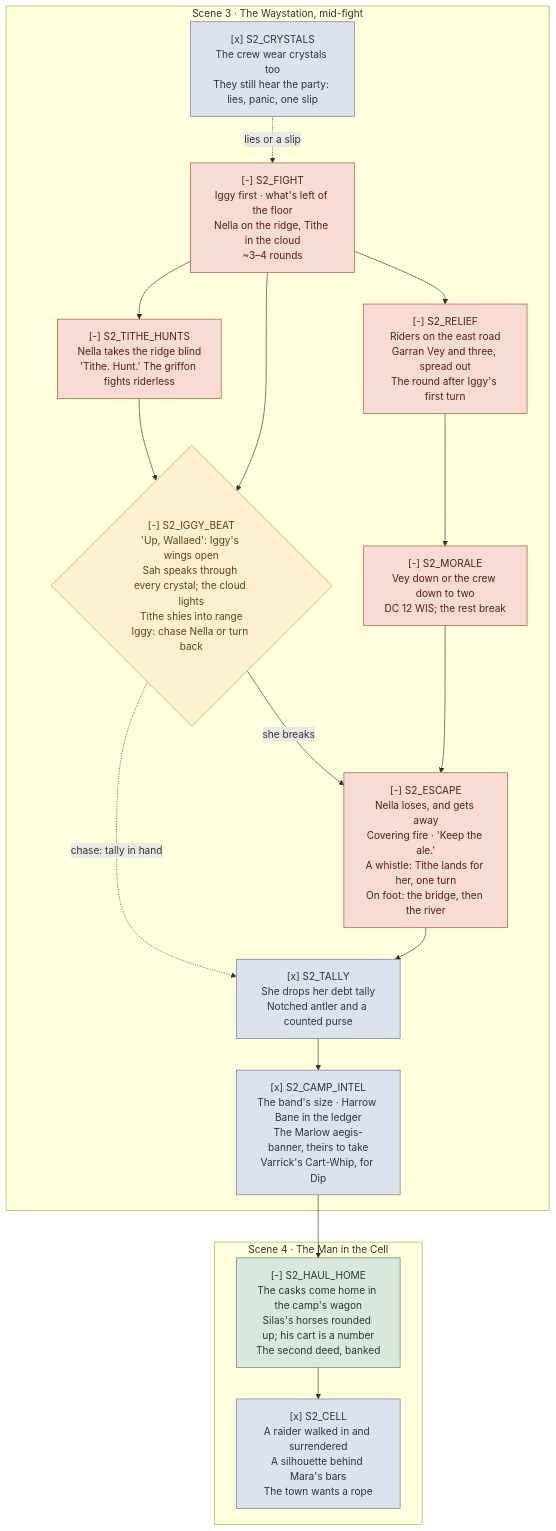
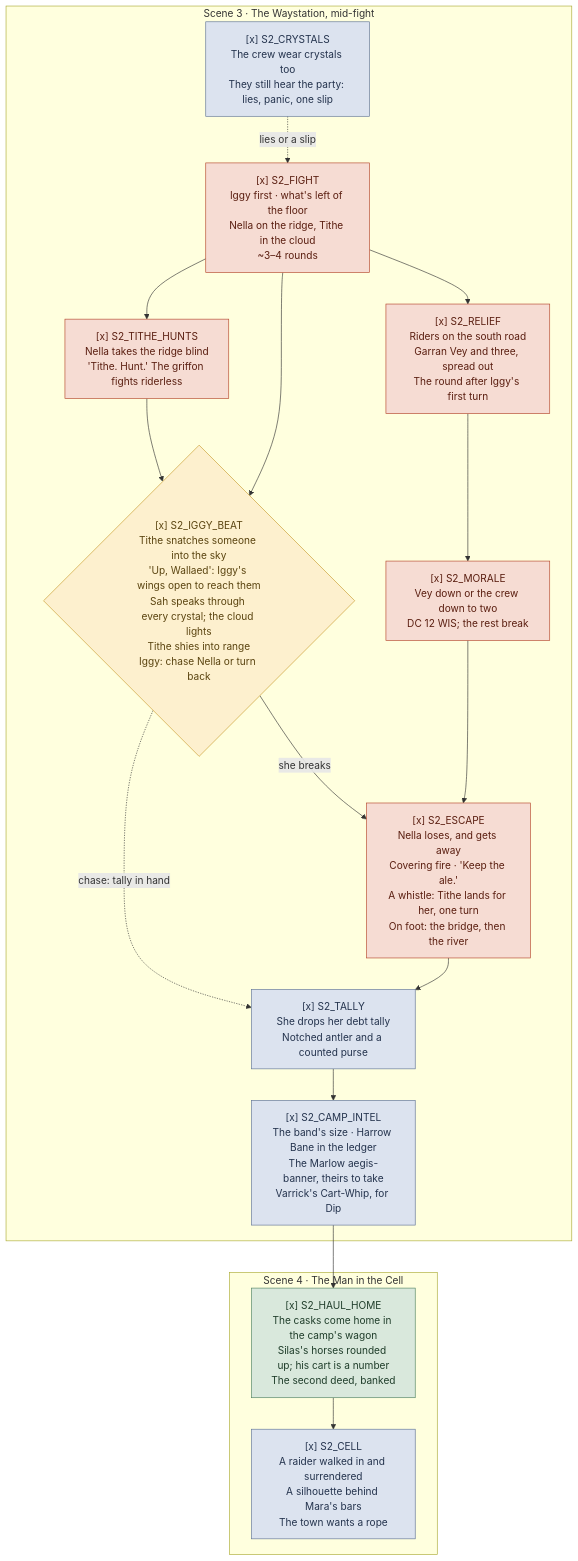
Before and after one commit to JGarnerDev/claude-dnd-engine: the diagram in scheduler/sessions/Session 34 The Red Trail/_flow.md, drawn with Mermaid. The commit also changed other lines of this file and 7 other files, not shown here.

````diff
--- a/scheduler/sessions/Session 34 The Red Trail/_flow.md
+++ b/scheduler/sessions/Session 34 The Red Trail/_flow.md
@@ -30,45 +29,45 @@
 ```mermaid
 flowchart TD
   subgraph SC3["Scene 3 · The Waystation, mid-fight"]
     S2_CRYSTALS["[x] S2_CRYSTALS<br/>The crew wear crystals too<br/>They still hear the party: lies, panic, one slip"]
-    S2_FIGHT["[-] S2_FIGHT<br/>Iggy first · what's left of the floor<br/>Nella on the ridge, Tithe in the cloud<br/>~3–4 rounds"]
-    S2_TITHE_HUNTS["[-] S2_TITHE_HUNTS<br/>Nella takes the ridge blind<br/>'Tithe. Hunt.' The griffon fights riderless"]
-    S2_RELIEF["[-] S2_RELIEF<br/>Riders on the east road<br/>Garran Vey and three, spread out<br/>The round after Iggy's first turn"]
-    S2_IGGY_BEAT{"[-] S2_IGGY_BEAT<br/>'Up, Wallaed': Iggy's wings open<br/>Sah speaks through every crystal; the cloud lights<br/>Tithe shies into range<br/>Iggy: chase Nella or turn back"}
-    S2_MORALE["[-] S2_MORALE<br/>Vey down or the crew down to two<br/>DC 12 WIS; the rest break"]
-    S2_ESCAPE["[-] S2_ESCAPE<br/>Nella loses, and gets away<br/>Covering fire · 'Keep the ale.'<br/>A whistle: Tithe lands for her, one turn<br/>On foot: the bridge, then the river"]
+    S2_FIGHT["[x] S2_FIGHT<br/>Iggy first · what's left of the floor<br/>Nella on the ridge, Tithe in the cloud<br/>~3–4 rounds"]
+    S2_TITHE_HUNTS["[x] S2_TITHE_HUNTS<br/>Nella takes the ridge blind<br/>'Tithe. Hunt.' The griffon fights riderless"]
+    S2_RELIEF["[x] S2_RELIEF<br/>Riders on the south road<br/>Garran Vey and three, spread out<br/>The round after Iggy's first turn"]
+    S2_IGGY_BEAT{"[x] S2_IGGY_BEAT<br/>Tithe snatches someone into the sky<br/>'Up, Wallaed': Iggy's wings open to reach them<br/>Sah speaks through every crystal; the cloud lights<br/>Tithe shies into range<br/>Iggy: chase Nella or turn back"}
+    S2_MORALE["[x] S2_MORALE<br/>Vey down or the crew down to two<br/>DC 12 WIS; the rest break"]
+    S2_ESCAPE["[x] S2_ESCAPE<br/>Nella loses, and gets away<br/>Covering fire · 'Keep the ale.'<br/>A whistle: Tithe lands for her, one turn<br/>On foot: the bridge, then the river"]
     S2_TALLY["[x] S2_TALLY<br/>She drops her debt tally<br/>Notched antler and a counted purse"]
     S2_CAMP_INTEL["[x] S2_CAMP_INTEL<br/>The band's size · Harrow Bane in the ledger<br/>The Marlow aegis-banner, theirs to take<br/>Varrick's Cart-Whip, for Dip"]
     S2_FIGHT --> S2_TITHE_HUNTS
     S2_FIGHT --> S2_RELIEF
     S2_CRYSTALS -.->|"lies or a slip"| S2_FIGHT
     S2_TITHE_HUNTS --> S2_IGGY_BEAT
     S2_RELIEF --> S2_MORALE
     S2_FIGHT --> S2_IGGY_BEAT
     S2_IGGY_BEAT -->|"she breaks"| S2_ESCAPE
     S2_IGGY_BEAT -.->|"chase: tally in hand"| S2_TALLY
     S2_MORALE --> S2_ESCAPE --> S2_TALLY
     S2_TALLY --> S2_CAMP_INTEL
   end
 
   subgraph SC4["Scene 4 · The Man in the Cell"]
-    S2_HAUL_HOME["[-] S2_HAUL_HOME<br/>The casks come home in the camp's wagon<br/>Silas's horses rounded up; his cart is a number<br/>The second deed, banked"]
+    S2_HAUL_HOME["[x] S2_HAUL_HOME<br/>The casks come home in the camp's wagon<br/>Silas's horses rounded up; his cart is a number<br/>The second deed, banked"]
     S2_CELL["[x] S2_CELL<br/>A raider walked in and surrendered<br/>A silhouette behind Mara's bars<br/>The town wants a rope"]
     S2_HAUL_HOME --> S2_CELL
   end
 
   S2_CAMP_INTEL --> S2_HAUL_HOME
 
   classDef combat fill:#F6DCD3,stroke:#B4452A,color:#5A1E10
   classDef social fill:#E6E3D5,stroke:#8C8463,color:#3D3A28
   classDef decision fill:#FDF0CE,stroke:#C79A2B,color:#5A4410
   classDef stake fill:#D9E8DC,stroke:#4F8060,color:#1F3D2A
   classDef seed fill:#DCE3EF,stroke:#5E7296,color:#24334D
   classDef open fill:#EDEAE6,stroke:#9A948C,color:#4A453F,stroke-dasharray:4 3
   classDef fail fill:#EFE2E2,stroke:#A3736E,color:#4A2C29,stroke-dasharray:4 3
 
   class S2_FIGHT,S2_TITHE_HUNTS,S2_RELIEF,S2_MORALE,S2_ESCAPE combat
   class S2_IGGY_BEAT decision
   class S2_HAUL_HOME stake
   class S2_CRYSTALS,S2_TALLY,S2_CAMP_INTEL,S2_CELL seed
 ```
````
